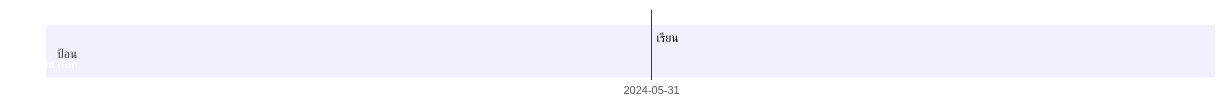
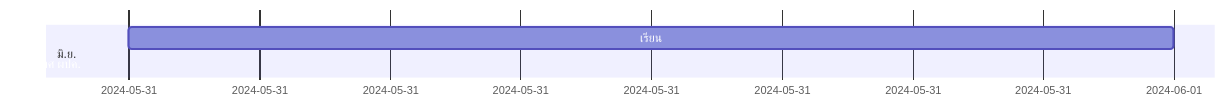
The second of 2 diagrams in README.md (Kietpawpan/p4), drawn with Mermaid before and after one commit. The commit also changed other lines of this file, not shown here.

````diff
--- a/README.md
+++ b/README.md
@@ -15,6 +15,6 @@
 ```mermaid
 gantt
-    section ป้อน
-    เรียน : des1, 2024-05-31, 2024-06-01
+    section มิ.ย.
+    เรียน : des1, 2024-05-31, 1d
     ปฐมนิเทศ ผปค. : des1, after des1, 1d
 ```
````
